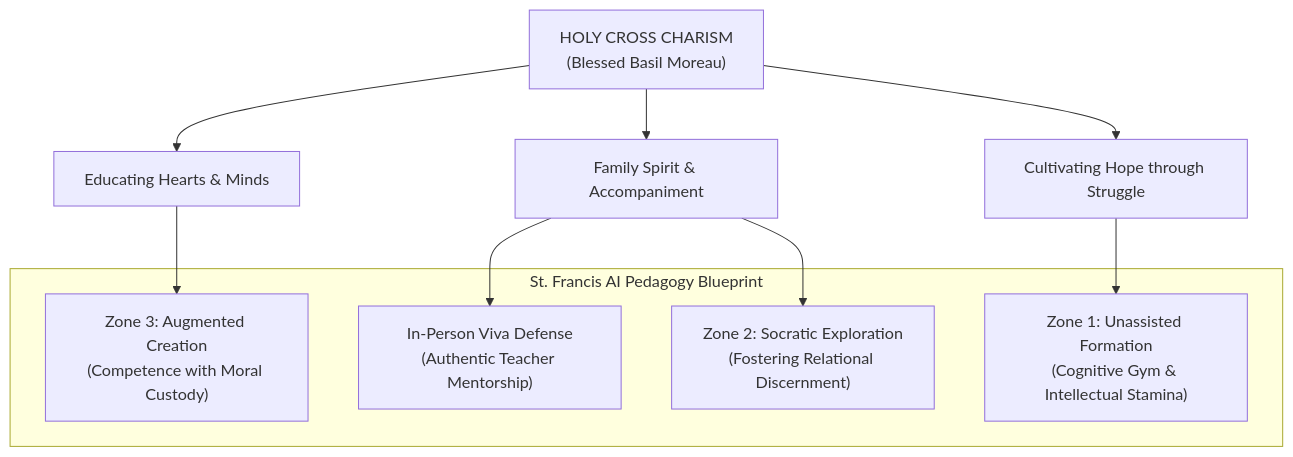
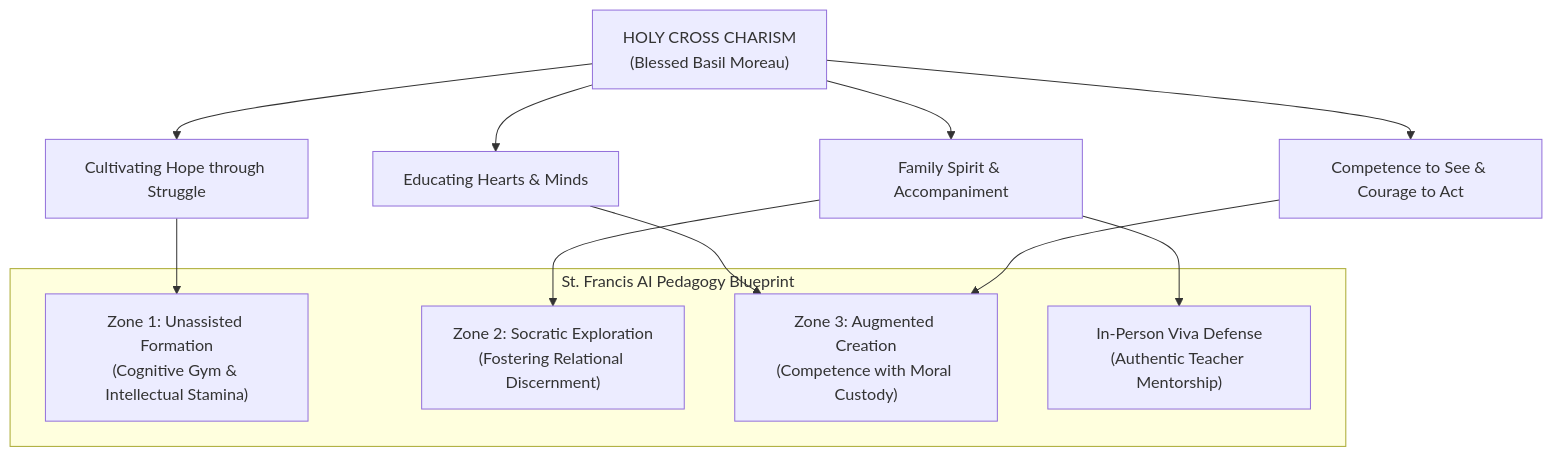
One commit to Sykes-Leonard/delta-guide changed the diagram in ecosystem/institutions/holy-cross-tradition.md. Above: the diagram before and after it, drawn with Mermaid. The commit also changed other lines of this file and 9 other files, not shown here.

````diff
--- a/ecosystem/institutions/holy-cross-tradition.md
+++ b/ecosystem/institutions/holy-cross-tradition.md
@@ -112,25 +120,28 @@
 ```mermaid
 flowchart TD
     HC["HOLY CROSS CHARISM
     (Blessed Basil Moreau)"]
 
     HM["Educating Hearts & Minds"]
     FS["Family Spirit & Accompaniment"]
     HOPE["Cultivating Hope through Struggle"]
+    ACT["Competence to See & Courage to Act"]
 
     HC --> HM
     HC --> FS
     HC --> HOPE
+    HC --> ACT
 
     subgraph BLUEPRINT["St. Francis AI Pedagogy Blueprint"]
         Z1["Zone 1: Unassisted Formation\n(Cognitive Gym & Intellectual Stamina)"]
         Z2["Zone 2: Socratic Exploration\n(Fostering Relational Discernment)"]
         Z3["Zone 3: Augmented Creation\n(Competence with Moral Custody)"]
         VIVA["In-Person Viva Defense\n(Authentic Teacher Mentorship)"]
     end
 
     HM --> Z3
     FS --> VIVA
     HOPE --> Z1
     FS --> Z2
+    ACT --> Z3
 ```
````
